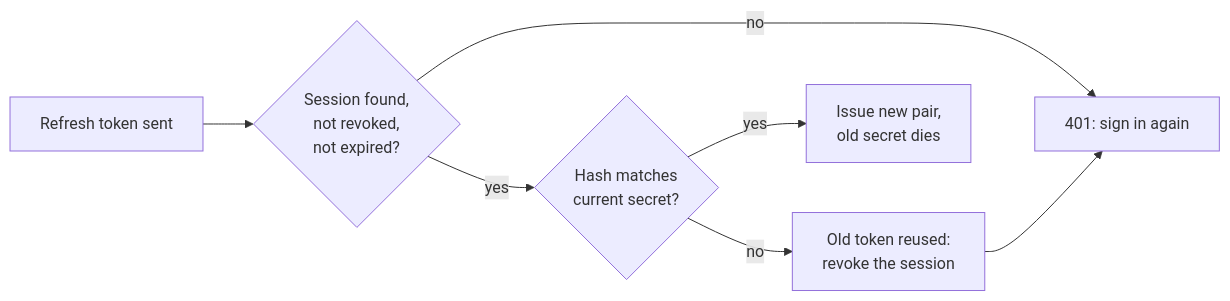
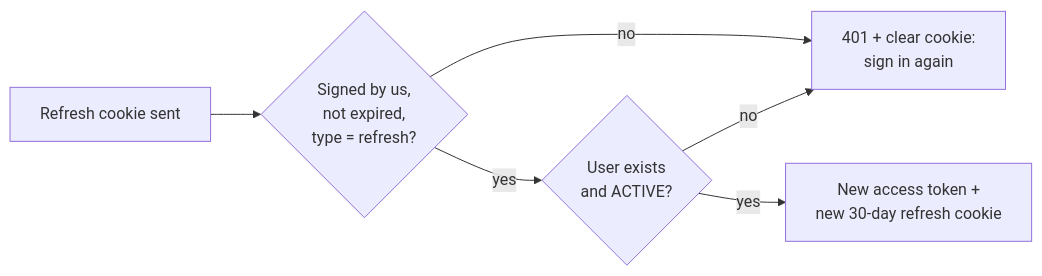
Before and after one commit to yatinsingh2007/HopShare: the sixth of 13 diagrams in README.md, drawn with Mermaid. The commit also changed other lines of this file and 8 other files, not shown here.

First line of the commit message:
feat(server): stateless JWT refresh tokens, drop the Session table

````diff
--- a/README.md
+++ b/README.md
@@ -248,8 +250,8 @@
 ```mermaid
 flowchart LR
-    R[Refresh token sent] --> S{Session found,<br/>not revoked,<br/>not expired?}
-    S -- no --> X[401: sign in again]
-    S -- yes --> H{Hash matches<br/>current secret?}
-    H -- yes --> N[Issue new pair,<br/>old secret dies]
-    H -- no --> V[Old token reused:<br/>revoke the session] --> X
+    R[Refresh cookie sent] --> S{Signed by us,<br/>not expired,<br/>type = refresh?}
+    S -- no --> X[401 + clear cookie:<br/>sign in again]
+    S -- yes --> U{User exists<br/>and ACTIVE?}
+    U -- no --> X
+    U -- yes --> N[New access token +<br/>new 30-day refresh cookie]
 ```
````
